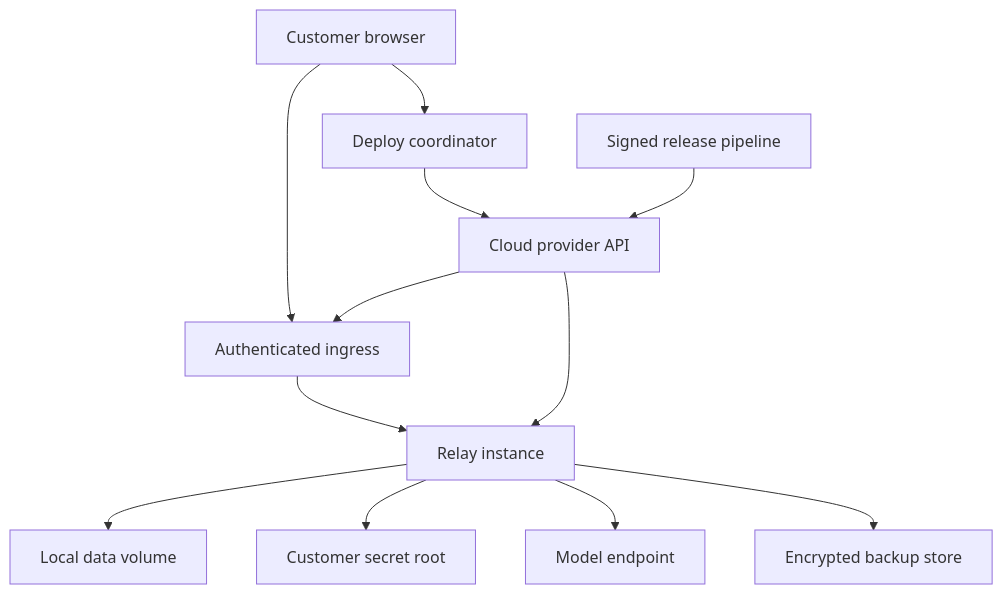
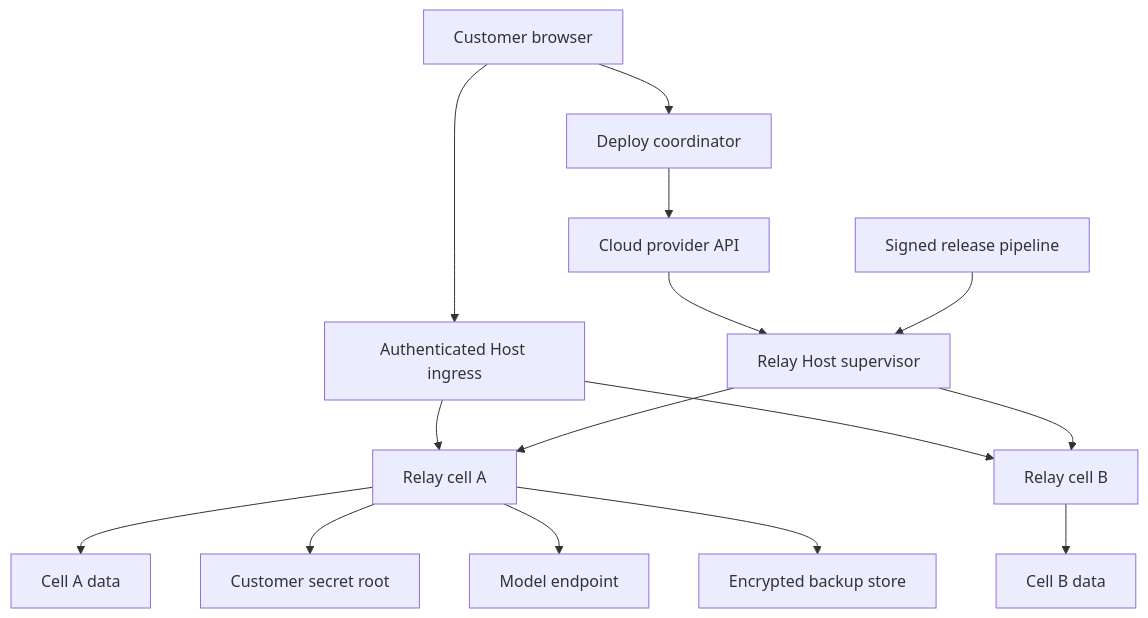
The diagram in relay-threat-model.md (orionfold/relay), drawn with Mermaid before and after one commit. The commit also changed other lines of this file and 9 other files, not shown here.

Commit message:
docs: align cloud deploy with agent appliance model

````diff
--- a/relay-threat-model.md
+++ b/relay-threat-model.md
@@ -112,14 +137,17 @@
 ```mermaid
 flowchart TD
-  U["Customer browser"] --> I["Authenticated ingress"]
-  I --> R["Relay instance"]
+  U["Customer browser"] --> I["Authenticated Host ingress"]
+  I --> C1["Relay cell A"]
+  I --> C2["Relay cell B"]
   U --> D["Deploy coordinator"]
-  D --> C["Cloud provider API"]
-  C --> I
-  C --> R
-  R --> V["Local data volume"]
-  R --> S["Customer secret root"]
-  R --> M["Model endpoint"]
-  R --> B["Encrypted backup store"]
-  P["Signed release pipeline"] --> C
+  D --> PAPI["Cloud provider API"]
+  PAPI --> H["Relay Host supervisor"]
+  H --> C1
+  H --> C2
+  C1 --> V1["Cell A data"]
+  C2 --> V2["Cell B data"]
+  C1 --> S["Customer secret root"]
+  C1 --> M["Model endpoint"]
+  C1 --> B["Encrypted backup store"]
+  P["Signed release pipeline"] --> H
 ```
````
